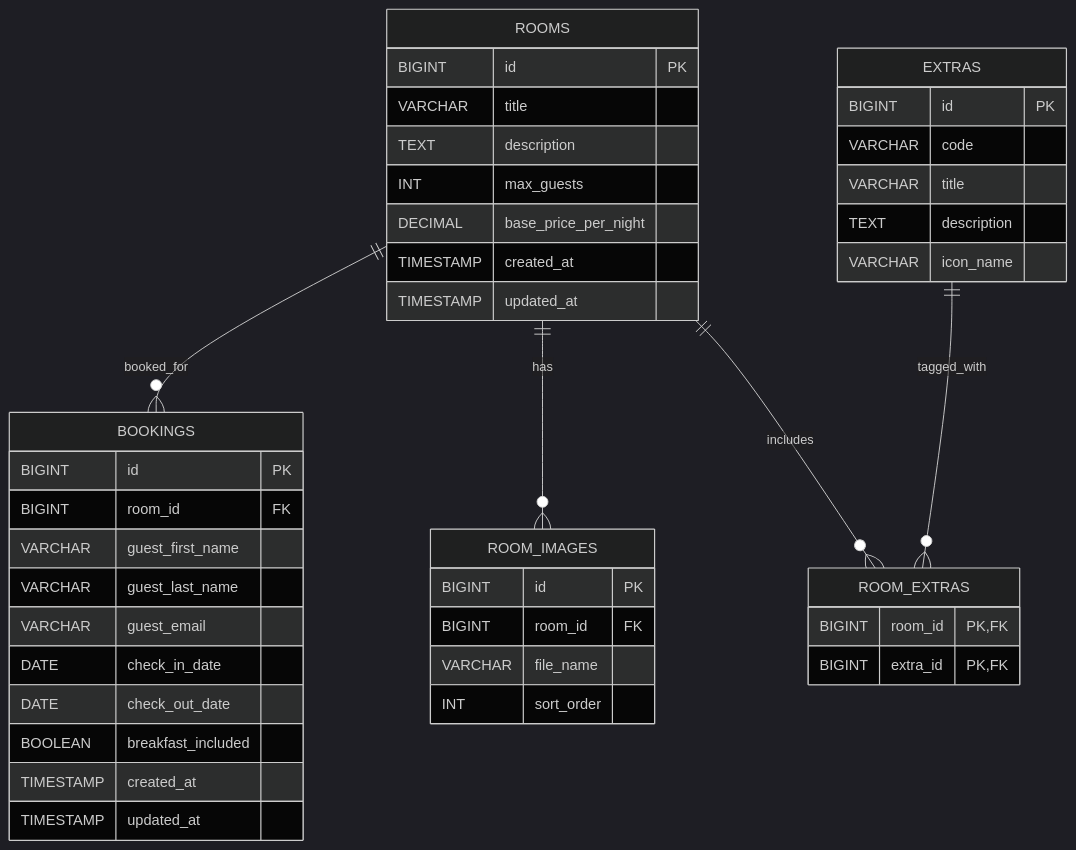
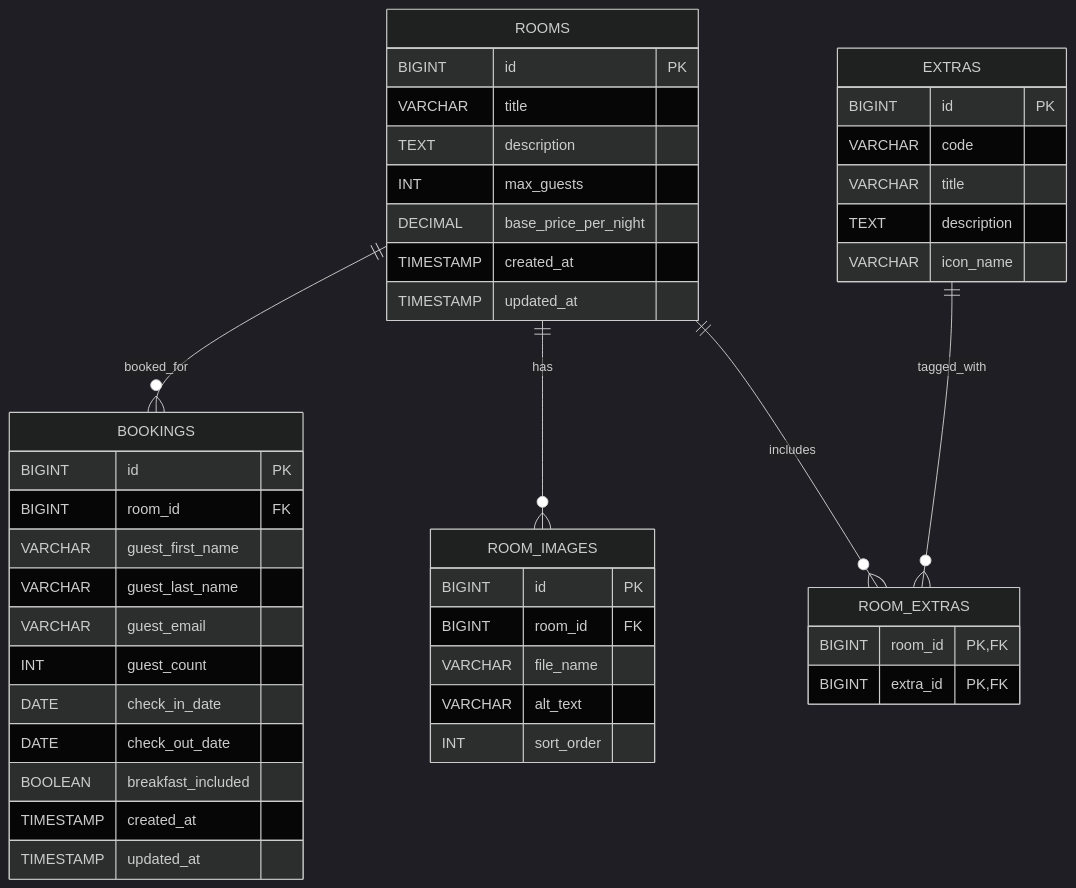
One commit to Lammer-FH/semester-project-2026-boutique-hotel-technikum changed the diagram in docs/DB_DESIGN.md. Above: the diagram before and after it, drawn with Mermaid (dark theme). The commit also changed other lines of this file and 7 other files, not shown here.

Commit message:
docs: initial ARCHITECTURE.md design

````diff
--- a/docs/DB_DESIGN.md
+++ b/docs/DB_DESIGN.md
@@ -16,50 +16,52 @@
 ```mermaid
 erDiagram
 	ROOMS ||--o{ BOOKINGS : booked_for
 	ROOMS ||--o{ ROOM_IMAGES : has
 	ROOMS ||--o{ ROOM_EXTRAS : includes
 	EXTRAS ||--o{ ROOM_EXTRAS : tagged_with
 
 	ROOMS {
 		BIGINT id PK
 		VARCHAR title
 		TEXT description
 		INT max_guests
 		DECIMAL base_price_per_night
 		TIMESTAMP created_at
 		TIMESTAMP updated_at
 	}
 
 	ROOM_IMAGES {
 		BIGINT id PK
 		BIGINT room_id FK
 		VARCHAR file_name
+		VARCHAR alt_text
 		INT sort_order
 	}
 
 	EXTRAS {
 		BIGINT id PK
 		VARCHAR code
 		VARCHAR title
 		TEXT description
 		VARCHAR icon_name
 	}
 
 	ROOM_EXTRAS {
 		BIGINT room_id PK, FK
 		BIGINT extra_id PK, FK
 	}
 
 	BOOKINGS {
 		BIGINT id PK
 		BIGINT room_id FK
 		VARCHAR guest_first_name
 		VARCHAR guest_last_name
 		VARCHAR guest_email
+		INT guest_count
 		DATE check_in_date
 		DATE check_out_date
 		BOOLEAN breakfast_included
 		TIMESTAMP created_at
 		TIMESTAMP updated_at
 	}
 ```
````
